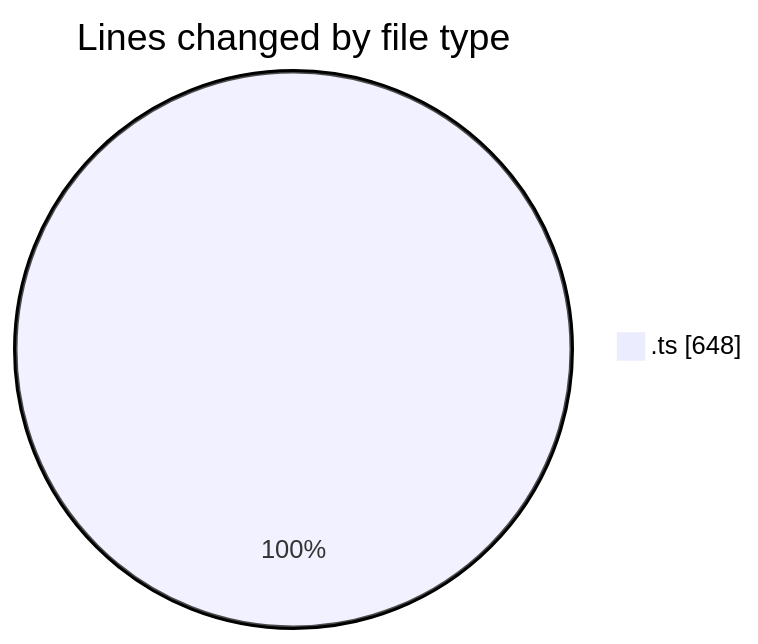
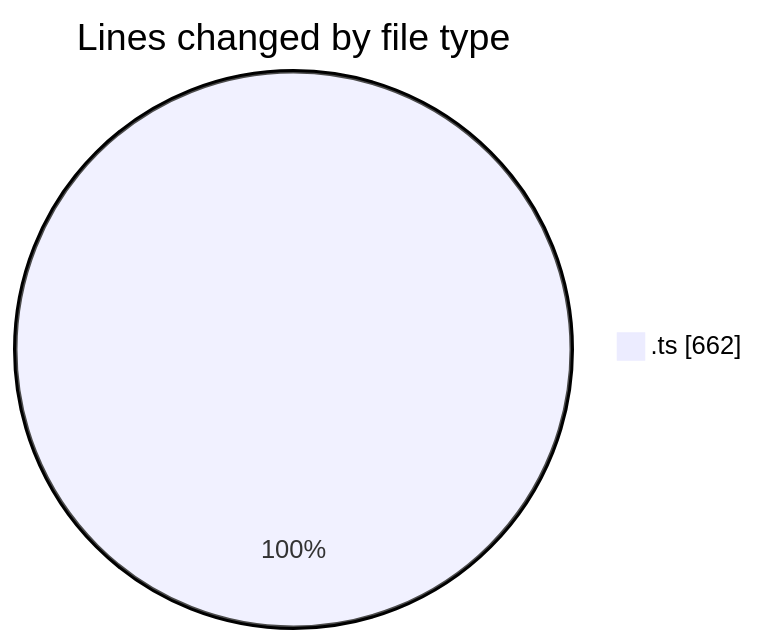
Before and after one commit to momahboobian/code-tracking: the first of 2 diagrams in 2025-06-26/cda/README.md, drawn with Mermaid. The commit also changed other lines of this file and 1 other file, not shown here.

````diff
--- a/2025-06-26/cda/README.md
+++ b/2025-06-26/cda/README.md
@@ -20,5 +20,5 @@
 ```mermaid
 pie showData
 title Lines changed by file type
-".ts" : 648
+".ts" : 662
 ```
````
